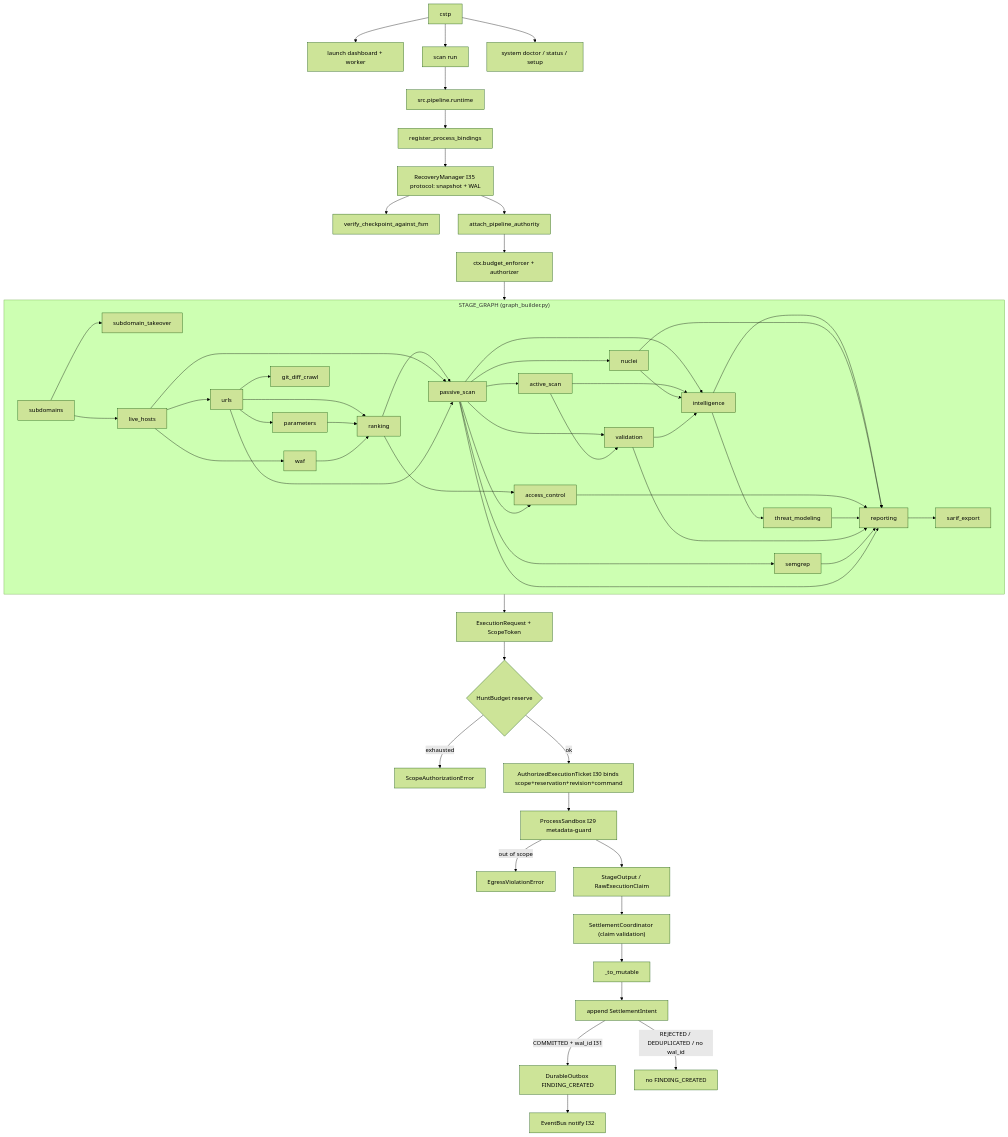
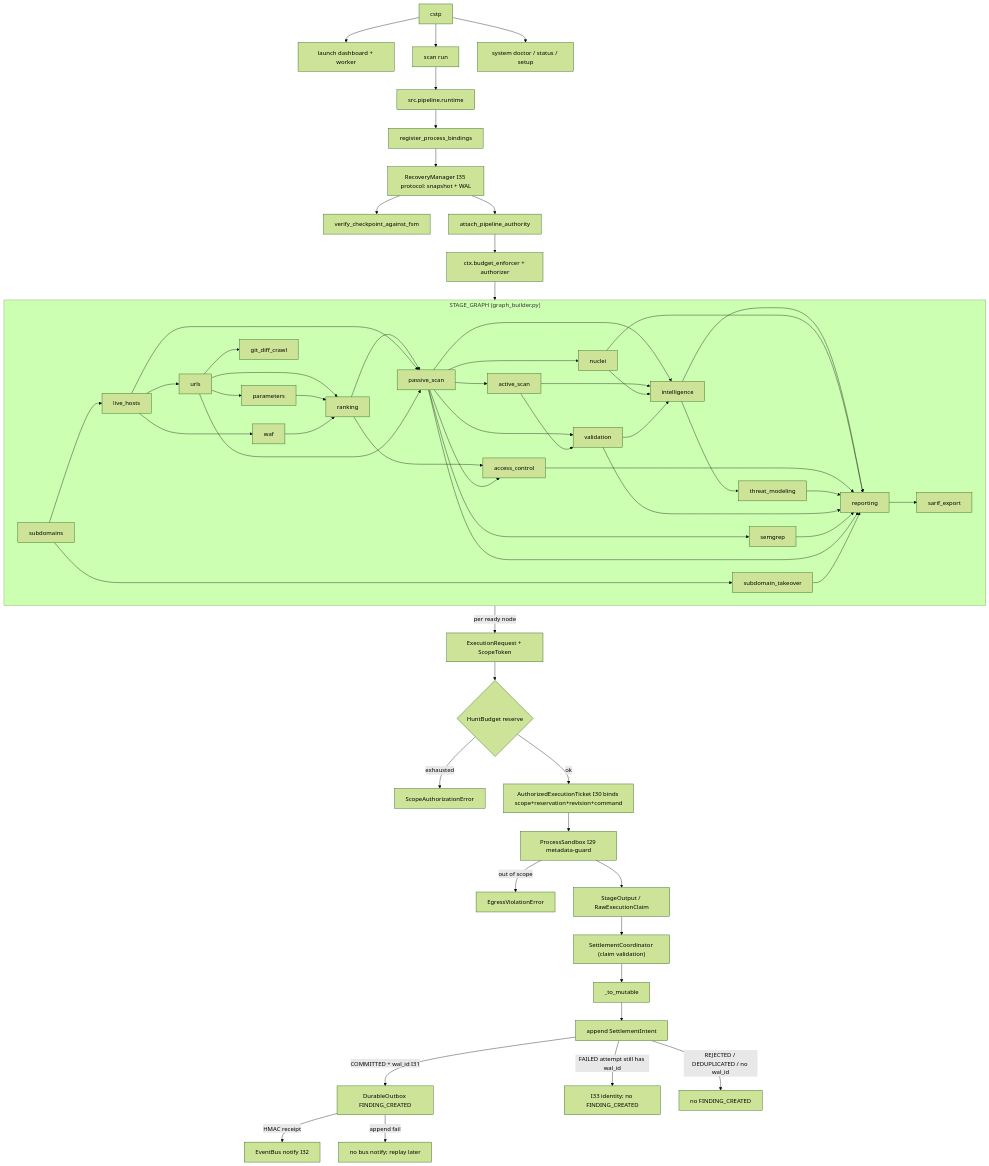
The fifth of 16 diagrams in docs/flowchart.md (AviralGup7/Singularity-Zero), drawn with Mermaid (forest theme) before and after one commit. The commit also changed other lines of this file, not shown here.

Commit message:
docs(flowchart): atlas matches per-stage admit, report join, I35 execute, HMAC receipt

````diff
--- a/docs/flowchart.md
+++ b/docs/flowchart.md
@@ -169,45 +169,47 @@
 ```mermaid
 flowchart TD
     CSTP["cstp"] --> Launch["launch dashboard + worker"]
     CSTP --> Scan["scan run"]
     CSTP --> Sys["system doctor / status / setup"]
     Scan --> Runtime["src.pipeline.runtime"]
     Runtime --> Bind["register_process_bindings"]
     Bind --> Recover["RecoveryManager I35 protocol: snapshot + WAL"]
     Recover --> Verify["verify_checkpoint_against_fsm"]
     Recover --> Auth["attach_pipeline_authority"]
     Auth --> Stamp["ctx.budget_enforcer + authorizer"]
     Stamp --> DAG
     subgraph DAG["STAGE_GRAPH (graph_builder.py)"]
         Sub["subdomains"] --> Takeover["subdomain_takeover"]
         Sub --> LiveH["live_hosts"]
         LiveH --> WAF["waf"]
         LiveH --> Urls["urls"]
         Urls --> GitDiff["git_diff_crawl"]
         Urls --> Params["parameters"]
         Urls & Params & WAF --> Rank["ranking"]
         Rank & LiveH & Urls --> Passive["passive_scan"]
         Passive --> Active["active_scan"]
         Passive --> Semgrep["semgrep"]
         Passive --> Nuclei["nuclei"]
         Rank & Passive --> Access["access_control"]
         Passive & Active --> Val["validation"]
         Passive & Active & Nuclei & Val --> Intel["intelligence"]
         Intel --> Threat["threat_modeling"]
-        Intel & Nuclei & Access & Threat & Val & Semgrep & Passive --> Report["reporting"]
+        Intel & Nuclei & Access & Threat & Val & Semgrep & Passive & Takeover --> Report["reporting"]
         Report --> Sarif["sarif_export"]
     end
-    DAG --> Req["ExecutionRequest + ScopeToken"]
+    DAG -->|"per ready node"| Req["ExecutionRequest + ScopeToken"]
     Req --> Budget{"HuntBudget reserve"}
     Budget -->|exhausted| Rej["ScopeAuthorizationError"]
     Budget -->|ok| Ticket["AuthorizedExecutionTicket I30 binds scope+reservation+revision+command"]
     Ticket --> SB["ProcessSandbox I29 metadata-guard"]
     SB -->|out of scope| Viol["EgressViolationError"]
     SB --> Out["StageOutput / RawExecutionClaim"]
     Out --> Coord["SettlementCoordinator (claim validation)"]
     Coord --> Thaw["_to_mutable"]
     Thaw --> WAL["append SettlementIntent"]
     WAL -->|COMMITTED + wal_id I31| Outbox["DurableOutbox FINDING_CREATED"]
-    Outbox --> Emit["EventBus notify I32"]
+    Outbox -->|HMAC receipt| Emit["EventBus notify I32"]
+    Outbox -->|append fail| NoBus["no bus notify; replay later"]
+    WAL -->|FAILED attempt still has wal_id| FailedId["I33 identity; no FINDING_CREATED"]
     WAL -->|REJECTED / DEDUPLICATED / no wal_id| Silent["no FINDING_CREATED"]
 ```
````
